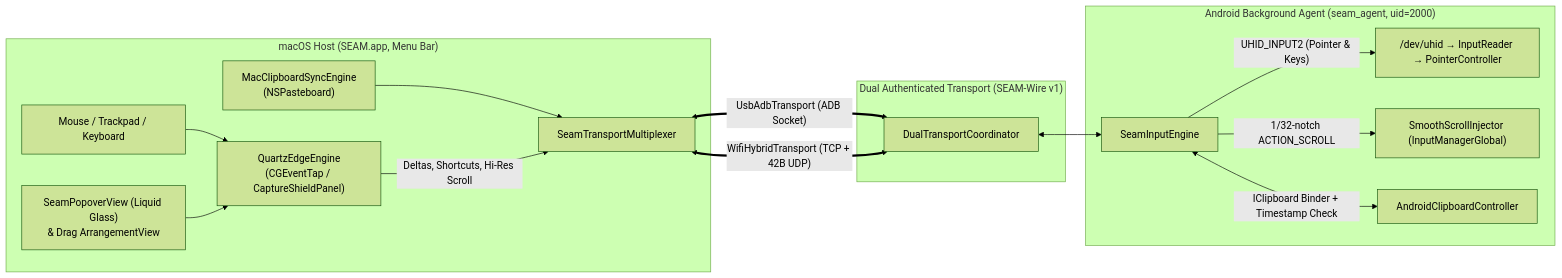
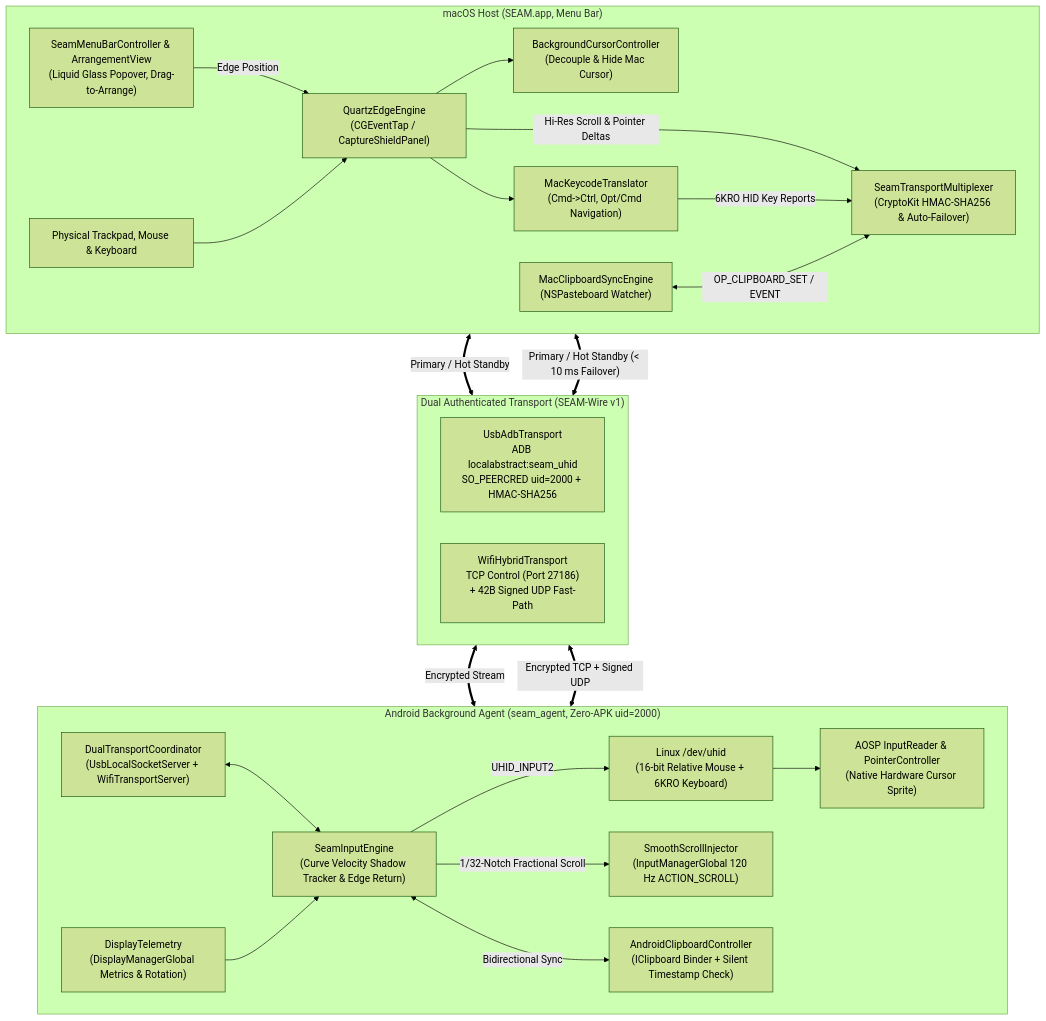
The first of 2 diagrams in README.md (CalebPiusC/Seam), drawn with Mermaid (forest theme) before and after one commit. The commit also changed other lines of this file, not shown here.

Commit message:
Expand How It Works Mermaid diagrams and remove At a Glance section

````diff
--- a/README.md
+++ b/README.md
@@ -122,21 +113,51 @@
 ```mermaid
-flowchart LR
+flowchart TB
     subgraph macOS["macOS Host (SEAM.app, Menu Bar)"]
-        Input["Mouse / Trackpad / Keyboard"] --> Quartz["QuartzEdgeEngine<br/>(CGEventTap / CaptureShieldPanel)"]
-        ClipMac["MacClipboardSyncEngine<br/>(NSPasteboard)"] --> Mux["SeamTransportMultiplexer"]
-        Quartz -->|"Deltas, Shortcuts, Hi-Res Scroll"| Mux
-        Popover["SeamPopoverView (Liquid Glass)<br/>& Drag ArrangementView"] --> Quartz
+        direction LR
+        UI["SeamMenuBarController & ArrangementView<br/>(Liquid Glass Popover, Drag-to-Arrange)"]
+        HID["Physical Trackpad, Mouse & Keyboard"]
+        Quartz["QuartzEdgeEngine<br/>(CGEventTap / CaptureShieldPanel)"]
+        CursorCtrl["BackgroundCursorController<br/>(Decouple & Hide Mac Cursor)"]
+        KeyMap["MacKeycodeTranslator<br/>(Cmd->Ctrl, Opt/Cmd Navigation)"]
+        ClipMac["MacClipboardSyncEngine<br/>(NSPasteboard Watcher)"]
+        Mux["SeamTransportMultiplexer<br/>(CryptoKit HMAC-SHA256 & Auto-Failover)"]
+
+        UI -->|"Edge Position"| Quartz
+        HID --> Quartz
+        Quartz --> CursorCtrl
+        Quartz --> KeyMap
+        Quartz -->|"Hi-Res Scroll & Pointer Deltas"| Mux
+        KeyMap -->|"6KRO HID Key Reports"| Mux
+        ClipMac <-->|"OP_CLIPBOARD_SET / EVENT"| Mux
     end
 
     subgraph Transport["Dual Authenticated Transport (SEAM-Wire v1)"]
-        Mux <==>|"UsbAdbTransport (ADB Socket)"| Coord["DualTransportCoordinator"]
-        Mux <==>|"WifiHybridTransport (TCP + 42B UDP)"| Coord
+        direction LR
+        USB["UsbAdbTransport<br/>ADB localabstract:seam_uhid<br/>SO_PEERCRED uid=2000 + HMAC-SHA256"]
+        WIFI["WifiHybridTransport<br/>TCP Control (Port 27186)<br/>+ 42B Signed UDP Fast-Path"]
     end
 
-    subgraph Android["Android Background Agent (seam_agent, uid=2000)"]
-        Coord <--> Engine["SeamInputEngine"]
-        Engine -->|"UHID_INPUT2 (Pointer & Keys)"| UHID["/dev/uhid → InputReader → PointerController"]
-        Engine -->|"1/32-notch ACTION_SCROLL"| Smooth["SmoothScrollInjector (InputManagerGlobal)"]
-        Engine <-->|"IClipboard Binder + Timestamp Check"| ClipAnd["AndroidClipboardController"]
+    Mux <==>|"Primary / Hot Standby"| USB
+    Mux <==>|"Primary / Hot Standby (< 10 ms Failover)"| WIFI
+
+    subgraph Android["Android Background Agent (seam_agent, Zero-APK uid=2000)"]
+        direction LR
+        Coord["DualTransportCoordinator<br/>(UsbLocalSocketServer + WifiTransportServer)"]
+        Engine["SeamInputEngine<br/>(Curve Velocity Shadow Tracker & Edge Return)"]
+        UHID["Linux /dev/uhid<br/>(16-bit Relative Mouse + 6KRO Keyboard)"]
+        AOSP["AOSP InputReader & PointerController<br/>(Native Hardware Cursor Sprite)"]
+        Scroll["SmoothScrollInjector<br/>(InputManagerGlobal 120 Hz ACTION_SCROLL)"]
+        ClipAnd["AndroidClipboardController<br/>(IClipboard Binder + Silent Timestamp Check)"]
+        Display["DisplayTelemetry<br/>(DisplayManagerGlobal Metrics & Rotation)"]
+
+        Coord <--> Engine
+        Engine -->|"UHID_INPUT2"| UHID
+        UHID --> AOSP
+        Engine -->|"1/32-Notch Fractional Scroll"| Scroll
+        Engine <-->|"Bidirectional Sync"| ClipAnd
+        Display --> Engine
     end
+
+    USB <==>|"Encrypted Stream"| Coord
+    WIFI <==>|"Encrypted TCP + Signed UDP"| Coord
 ```
````
